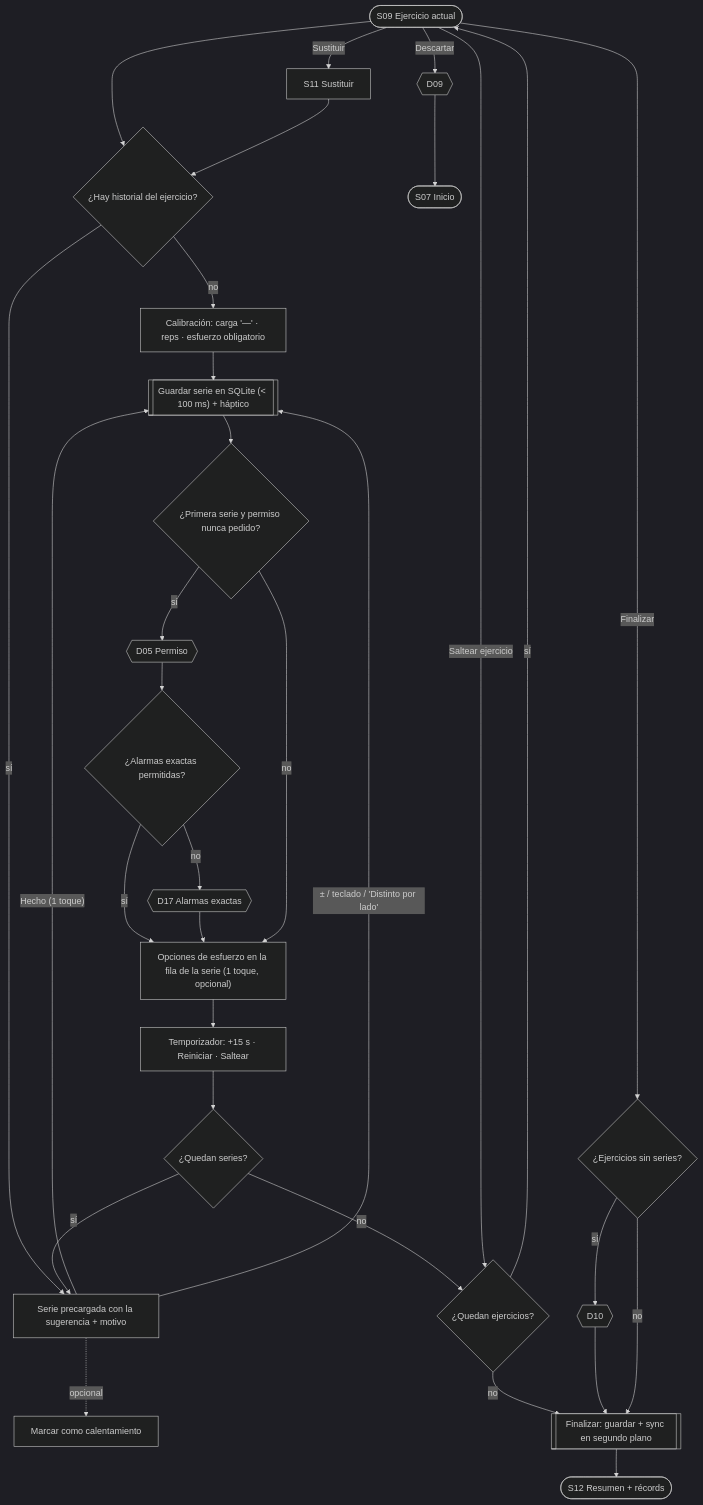
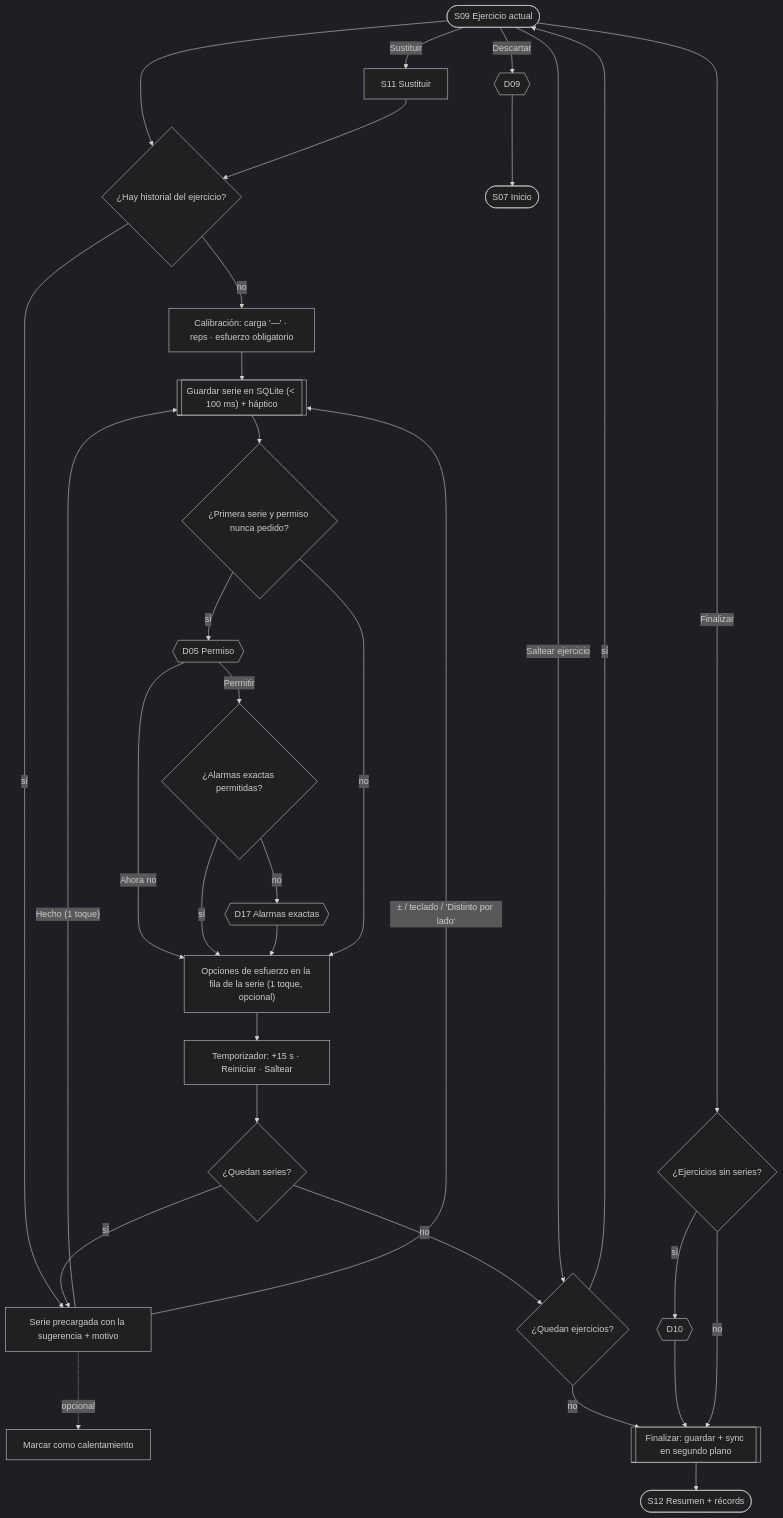
One commit to ivomiyashiro/onerm changed the second of 2 diagrams in docs/especificacion/08-flujos-y-pantallas.md. Above: the diagram before and after it, drawn with Mermaid (dark theme). The commit also changed other lines of this file and 15 other files, not shown here.

````diff
--- a/docs/especificacion/08-flujos-y-pantallas.md
+++ b/docs/especificacion/08-flujos-y-pantallas.md
@@ -121,28 +121,30 @@
 ```mermaid
 flowchart TD
     S09([S09 Ejercicio actual]) --> HIST{¿Hay historial del ejercicio?}
     HIST -- "no" --> CAL["Calibración: carga '—' · reps · esfuerzo obligatorio"]
     HIST -- "sí" --> PRE["Serie precargada con la sugerencia + motivo"]
     PRE -. "opcional" .-> WU["Marcar como calentamiento"]
     CAL --> LOG
     PRE -- "Hecho (1 toque)" --> LOG[["Guardar serie en SQLite (< 100 ms) + háptico"]]
     PRE -- "± / teclado / 'Distinto por lado'" --> LOG
     LOG --> FIRSTP{¿Primera serie y permiso nunca pedido?}
-    FIRSTP -- sí --> D05{{D05 Permiso}} --> EXACT{¿Alarmas exactas permitidas?}
+    FIRSTP -- sí --> D05{{D05 Permiso}}
+    D05 -- "Ahora no" --> EFF
+    D05 -- "Permitir" --> EXACT{¿Alarmas exactas permitidas?}
     EXACT -- sí --> EFF
     EXACT -- no --> D17{{D17 Alarmas exactas}} --> EFF
     FIRSTP -- no --> EFF["Opciones de esfuerzo en la fila de la serie (1 toque, opcional)"]
     EFF --> TIMER["Temporizador: +15 s · Reiniciar · Saltear"]
     TIMER --> MORE{¿Quedan series?}
     MORE -- sí --> PRE
     MORE -- no --> NEXT{¿Quedan ejercicios?}
     NEXT -- sí --> S09
     NEXT -- no --> FIN
     S09 -- "Saltear ejercicio" --> NEXT
     S09 -- "Sustituir" --> S11[S11 Sustituir] --> HIST
     S09 -- "Finalizar" --> PEND{¿Ejercicios sin series?}
     PEND -- sí --> D10{{D10}} --> FIN
     PEND -- no --> FIN[[Finalizar: guardar + sync en segundo plano]]
     FIN --> S12([S12 Resumen + récords])
     S09 -- "Descartar" --> D09{{D09}} --> S07([S07 Inicio])
 ```
````
